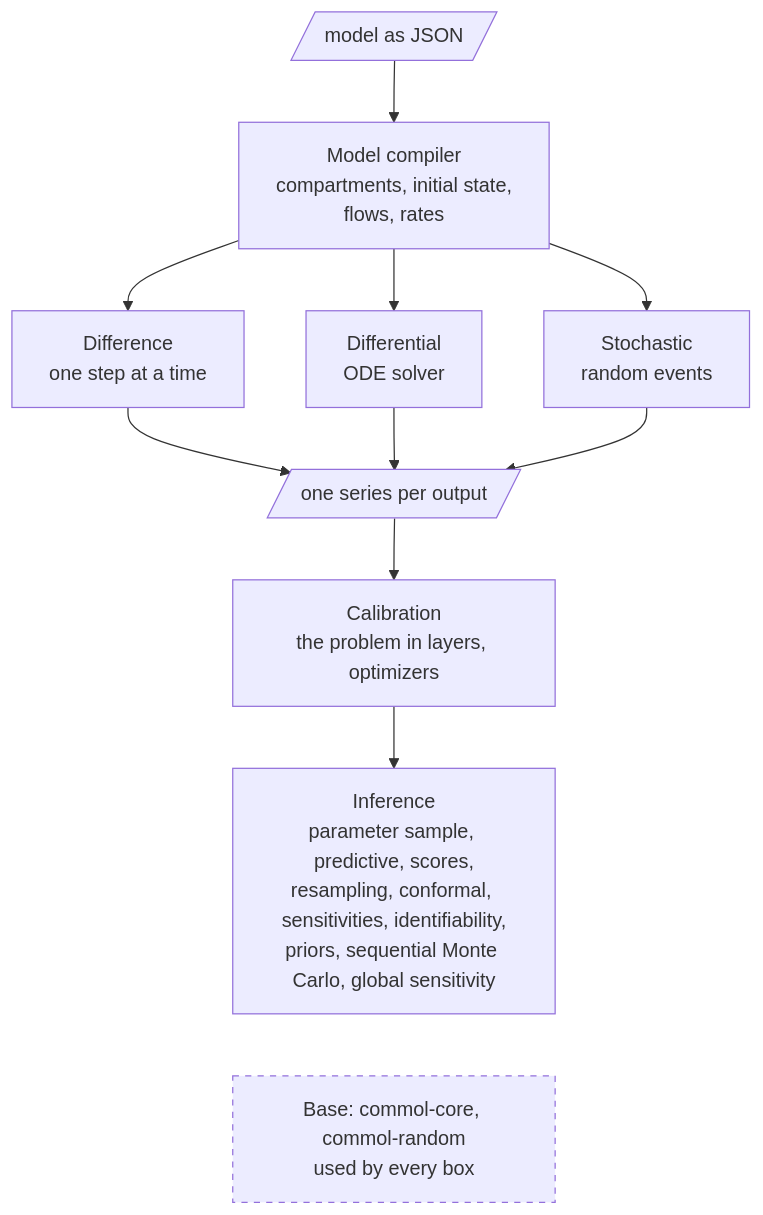
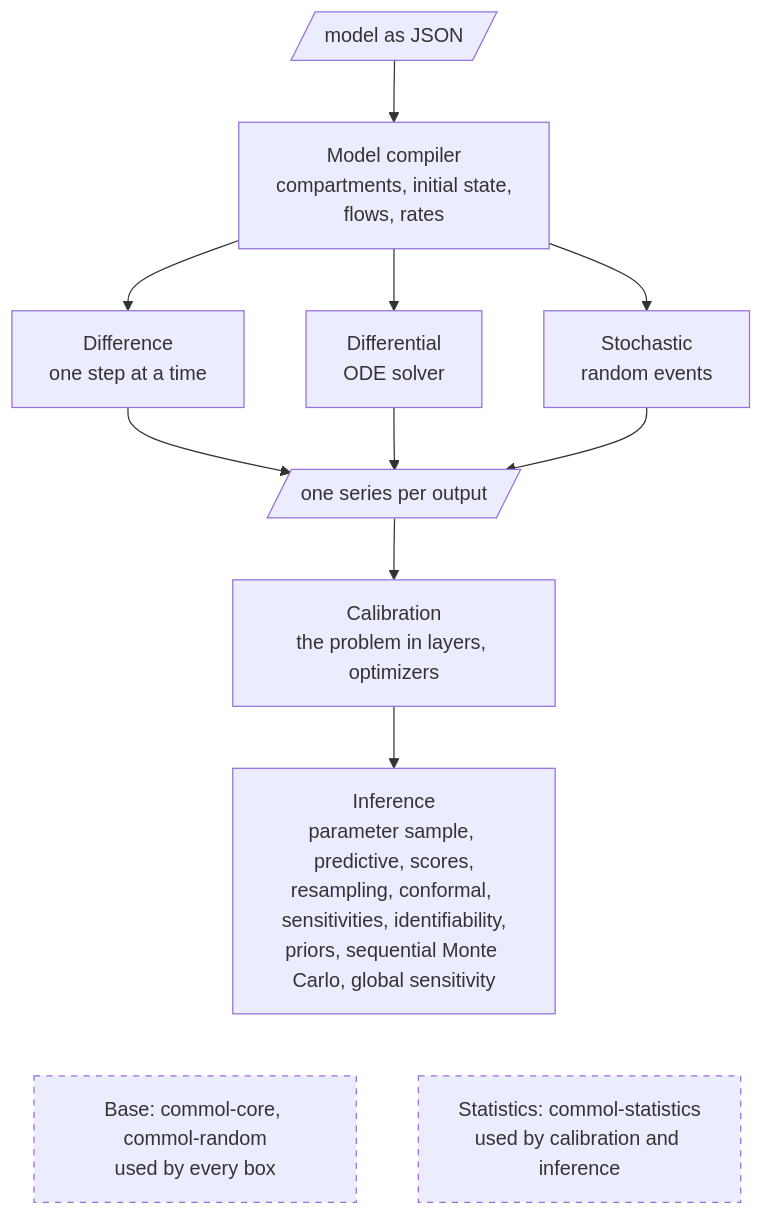
The second of 3 diagrams in docs/codebase/architecture.md (MUNQU/commol), drawn with Mermaid before and after one commit. The commit also changed other lines of this file and 72 other files, not shown here.

````diff
--- a/docs/codebase/architecture.md
+++ b/docs/codebase/architecture.md
@@ -47,20 +48,22 @@
 ```mermaid
 flowchart TB
     J[/model as JSON/]
     M["Model compiler<br/>compartments, initial state,<br/>flows, rates"]
     E1["Difference<br/>one step at a time"]
     E2["Differential<br/>ODE solver"]
     E3["Stochastic<br/>random events"]
     O[/one series per output/]
     C["Calibration<br/>the problem in layers, optimizers"]
     I["Inference<br/>parameter sample, predictive, scores,<br/>resampling, conformal, sensitivities, identifiability,<br/>priors, sequential Monte Carlo, global sensitivity"]
     F["Base: commol-core, commol-random<br/>used by every box"]
+    G["Statistics: commol-statistics<br/>used by calibration and inference"]
     J --> M
     M --> E1 & E2 & E3
     E1 & E2 & E3 --> O
     O --> C
     C --> I
     I ~~~ F
+    I ~~~ G
     classDef base stroke-dasharray: 5 5
-    class F base
+    class F,G base
 ```
````
